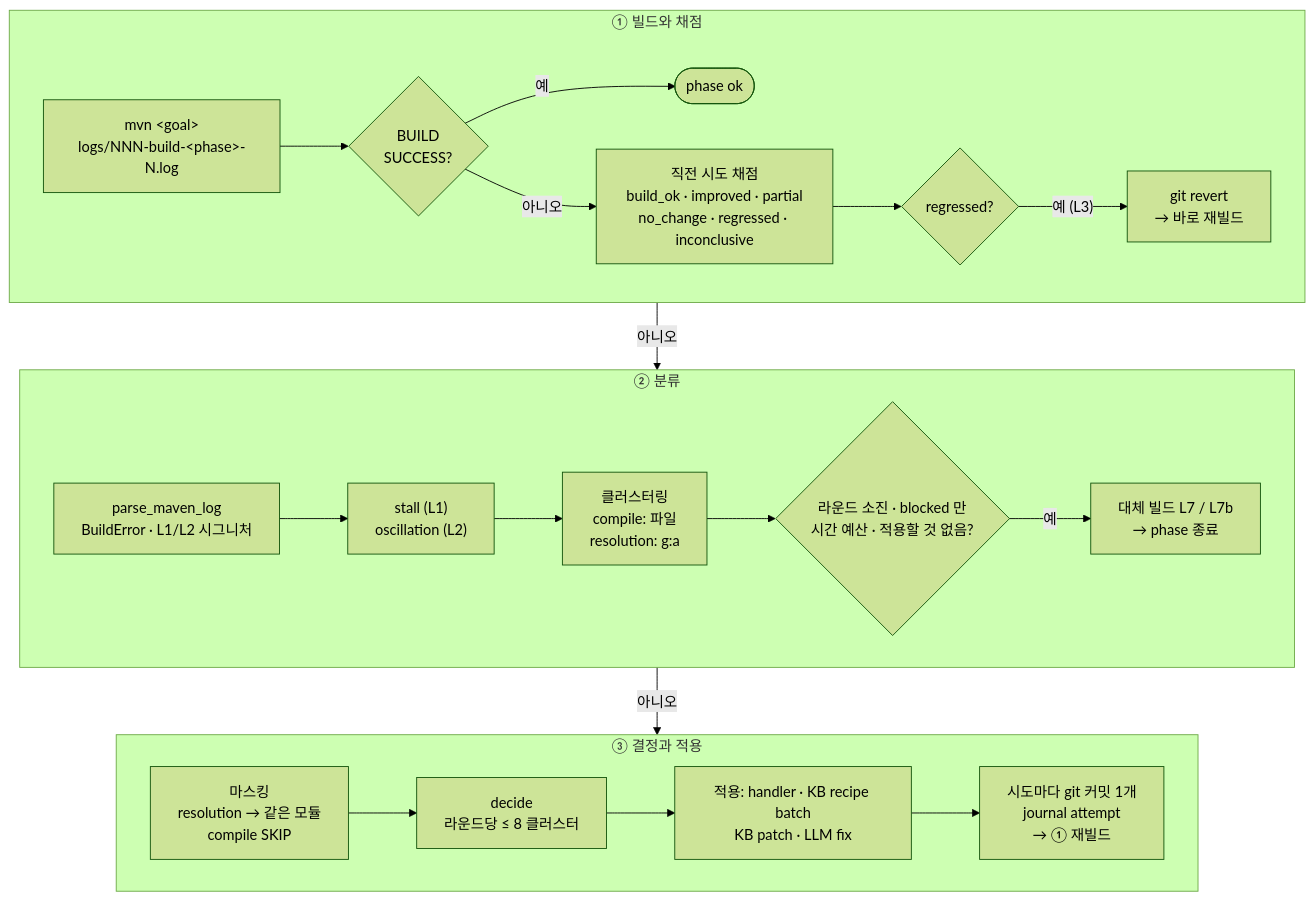
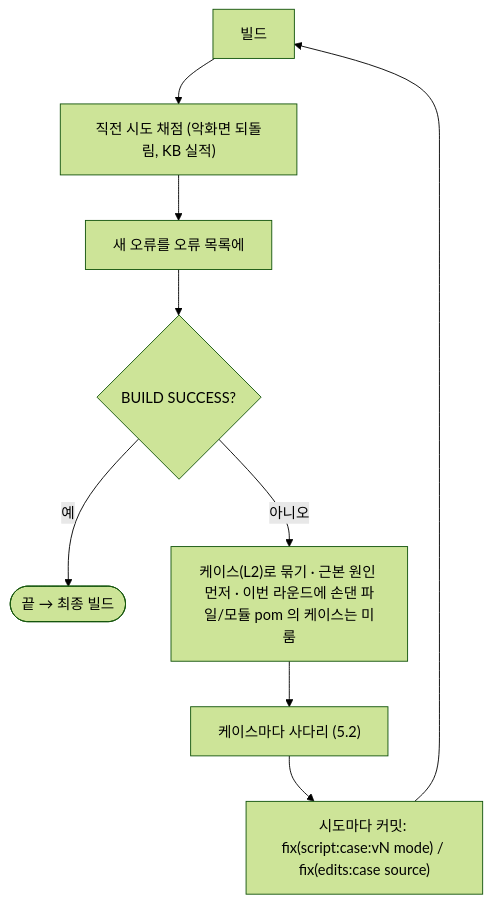
Before and after one commit to acandiatale/tutu: the third of 7 diagrams in docs/migration-agent/README.md, drawn with Mermaid (forest theme). The commit also changed other lines of this file and 126 other files, not shown here.

First line of the commit message:
docs: only the deployed flow-v2 system is documented; v1-era material removed; progress checklist (user, 2026-11-11)

````diff
--- a/docs/migration-agent/README.md
+++ b/docs/migration-agent/README.md
@@ -836,22 +189,11 @@
 ```mermaid
-flowchart TB
-  subgraph a["① 빌드와 채점"]
-    direction LR
-    B["mvn &lt;goal&gt;<br/>logs/NNN-build-&lt;phase&gt;-N.log"] --> OK{"BUILD<br/>SUCCESS?"}
-    OK -->|예| DONE(["phase ok"])
-    OK -->|아니오| SC["직전 시도 채점<br/>build_ok · improved · partial<br/>no_change · regressed · inconclusive"]
-    SC --> RV{"regressed?"}
-    RV -->|"예 (L3)"| REV["git revert<br/>→ 바로 재빌드"]
-  end
-  subgraph b["② 분류"]
-    direction LR
-    P["parse_maven_log<br/>BuildError · L1/L2 시그니처"] --> ST["stall (L1)<br/>oscillation (L2)"] --> C["클러스터링<br/>compile: 파일<br/>resolution: g:a"] --> END{"라운드 소진 · blocked 만<br/>시간 예산 · 적용할 것 없음?"}
-    END -->|예| FB["대체 빌드 L7 / L7b<br/>→ phase 종료"]
-  end
-  subgraph c["③ 결정과 적용"]
-    direction LR
-    MASK["마스킹<br/>resolution → 같은 모듈<br/>compile SKIP"] --> D["decide<br/>라운드당 ≤ 8 클러스터"] --> AP["적용: handler · KB recipe batch<br/>KB patch · LLM fix"] --> CM["시도마다 git 커밋 1개<br/>journal attempt<br/>→ ① 재빌드"]
-  end
-  a -->|"아니오"| b
-  b -->|아니오| c
+flowchart TD
+  B["빌드"] --> S["직전 시도 채점 (악화면 되돌림, KB 실적)"]
+  S --> L["새 오류를 오류 목록에"]
+  L --> OK{"BUILD SUCCESS?"}
+  OK -->|"예"| DONE(["끝 → 최종 빌드"])
+  OK -->|"아니오"| G["케이스(L2)로 묶기 · 근본 원인 먼저 · 이번 라운드에 손댄 파일/모듈 pom 의 케이스는 미룸"]
+  G --> C["케이스마다 사다리 (5.2)"]
+  C --> CM["시도마다 커밋: fix(script:case:vN mode) / fix(edits:case source)"]
+  CM --> B
 ```
````
